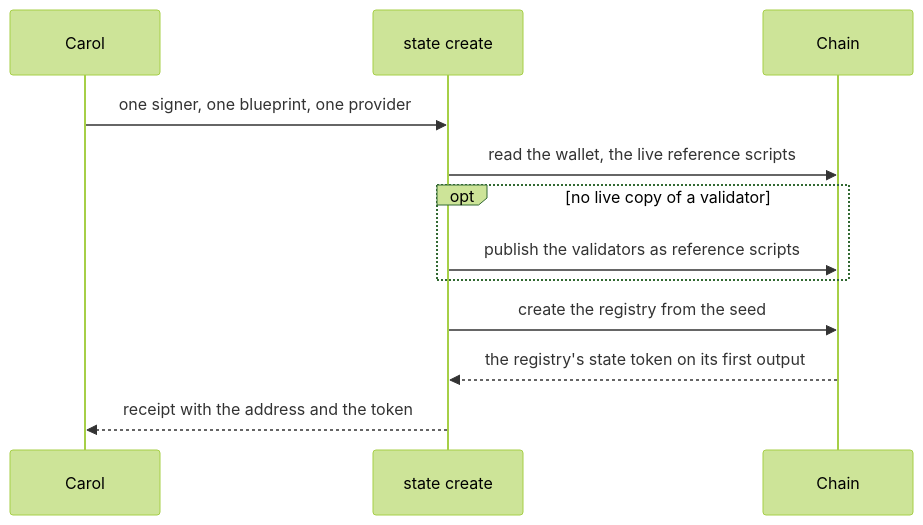
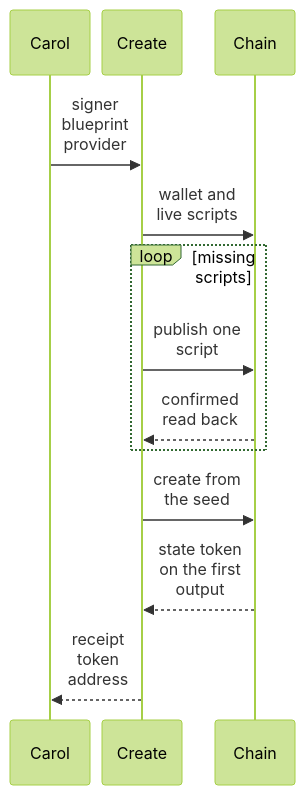
Before and after one commit to lambdasistemi/singular: the second of 3 diagrams in docs/registry-commands.md, drawn with Mermaid (forest theme). The commit also changed other lines of this file and 14 other files, not shown here.

Commit message:
fix(open-datum): publish registry scripts in separate transactions

````diff
--- a/docs/registry-commands.md
+++ b/docs/registry-commands.md
@@ -42,14 +42,16 @@
 ```mermaid
+%%{init: {'sequence': {'actorMargin': 5, 'width': 80, 'diagramMarginX': 10}}}%%
 sequenceDiagram
     participant Carol
-    participant Command as state create
+    participant Command as Create
     participant Chain
-    Carol->>Command: one signer, one blueprint, one provider
-    Command->>Chain: read the wallet, the live reference scripts
-    opt no live copy of a validator
-        Command->>Chain: publish the validators as reference scripts
+    Carol->>Command: signer<br/>blueprint<br/>provider
+    Command->>Chain: wallet and<br/>live scripts
+    loop missing scripts
+        Command->>Chain: publish one<br/>script
+        Chain-->>Command: confirmed<br/>read back
     end
-    Command->>Chain: create the registry from the seed
-    Chain-->>Command: the registry's state token on its first output
-    Command-->>Carol: receipt with the address and the token
+    Command->>Chain: create from<br/>the seed
+    Chain-->>Command: state token<br/>on the first<br/>output
+    Command-->>Carol: receipt<br/>token<br/>address
 ```
````
